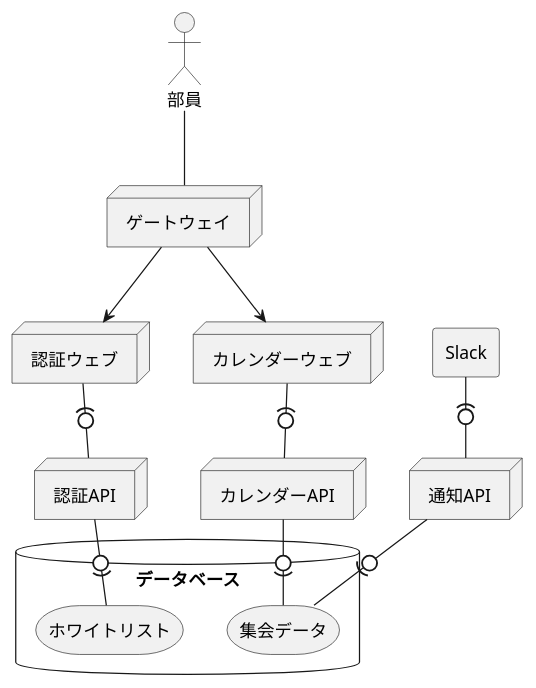
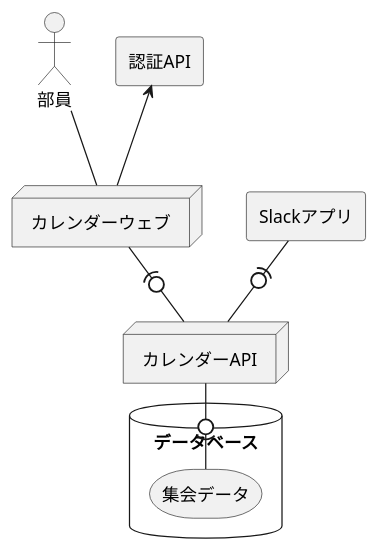
The diagram in uml/structure.pu (CombNITNC/club-calendar), drawn with PlantUML before and after one commit. The commit also changed 5 other files, not shown here.

Commit message:
Update diagrams

```diff
--- a/uml/structure.pu
+++ b/uml/structure.pu
@@ -1,33 +1,23 @@
-@startuml システム構成
+@startuml structure
 
 actor 部員
-agent Slack
+agent 認証API
+agent Slackアプリ
 
-node ゲートウェイ
-
-node 認証ウェブ
 node カレンダーウェブ
 
-node 認証API
 node カレンダーAPI
-node 通知API
 
 database データベース {
-  storage ホワイトリスト
   storage 集会データ
 }
 
-部員 -- ゲートウェイ
+部員 -- カレンダーウェブ
 
-ゲートウェイ --> 認証ウェブ
-認証ウェブ -(0- 認証API
-認証API -0)- ホワイトリスト
-
-ゲートウェイ --> カレンダーウェブ
+認証API <-- カレンダーウェブ
 カレンダーウェブ -(0- カレンダーAPI
 カレンダーAPI -0)- 集会データ
 
-Slack -(0- 通知API 
-通知API -0)- 集会データ
+Slackアプリ -(0- カレンダーAPI
 
 @enduml
```
